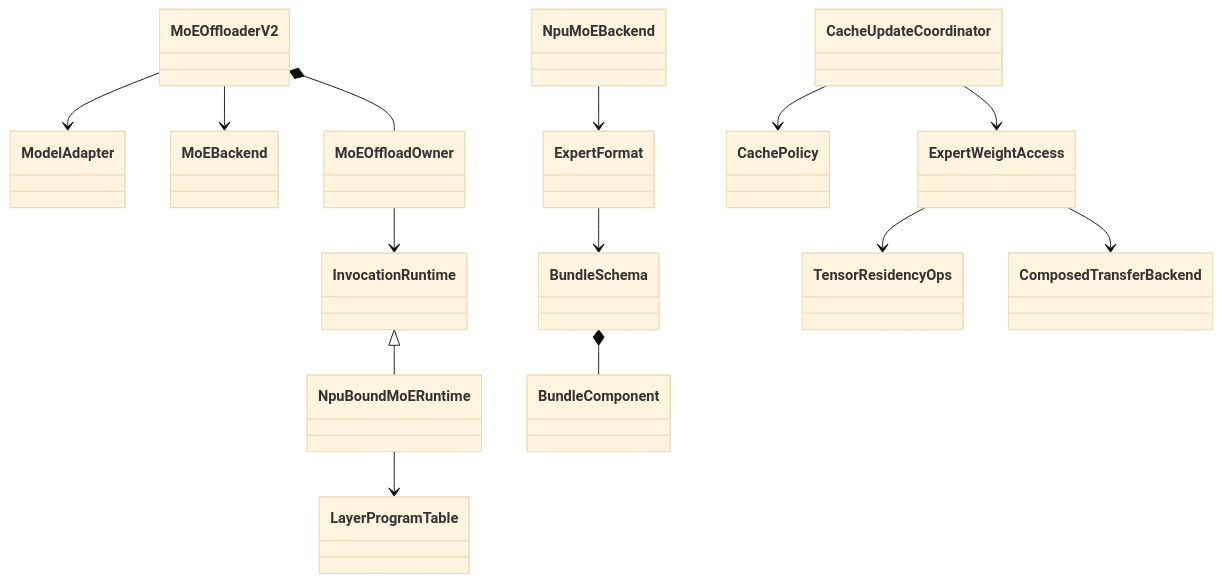
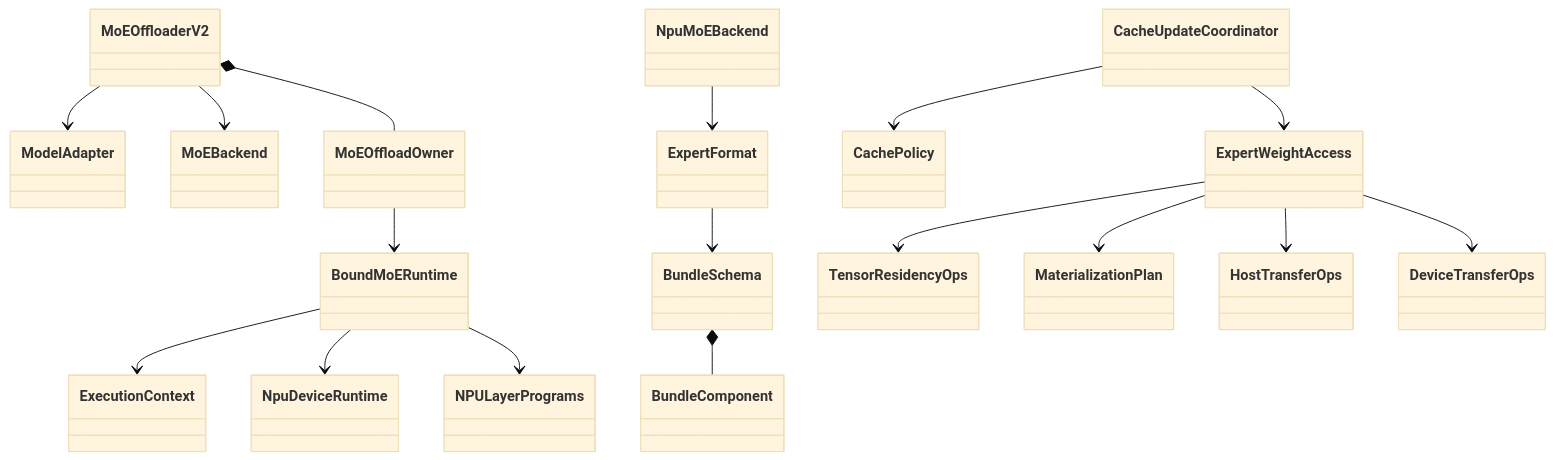
Before and after one commit to fishAndShrimp/sglang: the diagram in python/sglang/srt/offloading/moe/doc/README.md, drawn with Mermaid (base theme). The commit also changed other lines of this file and 54 other files, not shown here.

````diff
--- a/python/sglang/srt/offloading/moe/doc/README.md
+++ b/python/sglang/srt/offloading/moe/doc/README.md
@@ -34,16 +35,19 @@
 ```mermaid
 classDiagram
     MoEOffloaderV2 --> ModelAdapter
     MoEOffloaderV2 --> MoEBackend
     MoEOffloaderV2 *-- MoEOffloadOwner
-    MoEOffloadOwner --> InvocationRuntime
-    InvocationRuntime <|-- NpuBoundMoERuntime
-    NpuBoundMoERuntime --> LayerProgramTable
+    MoEOffloadOwner --> BoundMoERuntime
+    BoundMoERuntime --> ExecutionContext
+    BoundMoERuntime --> NpuDeviceRuntime
+    BoundMoERuntime --> NPULayerPrograms
     NpuMoEBackend --> ExpertFormat
     ExpertFormat --> BundleSchema
     BundleSchema *-- BundleComponent
     CacheUpdateCoordinator --> CachePolicy
     CacheUpdateCoordinator --> ExpertWeightAccess
     ExpertWeightAccess --> TensorResidencyOps
-    ExpertWeightAccess --> ComposedTransferBackend
+    ExpertWeightAccess --> MaterializationPlan
+    ExpertWeightAccess --> HostTransferOps
+    ExpertWeightAccess --> DeviceTransferOps
 ```
````
